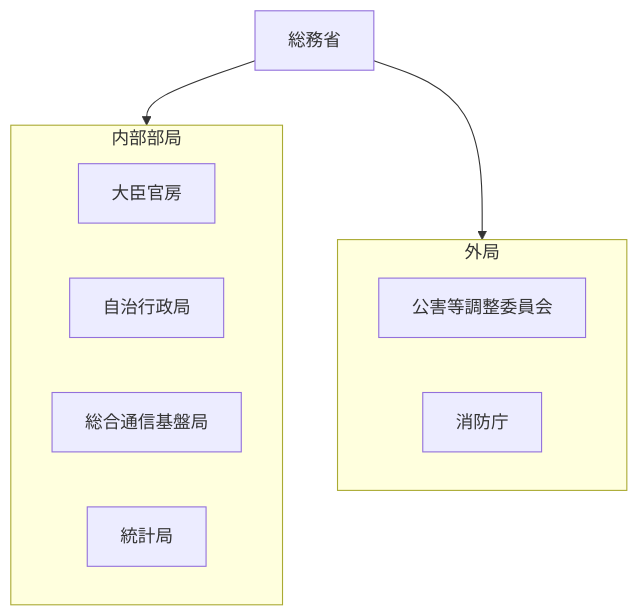
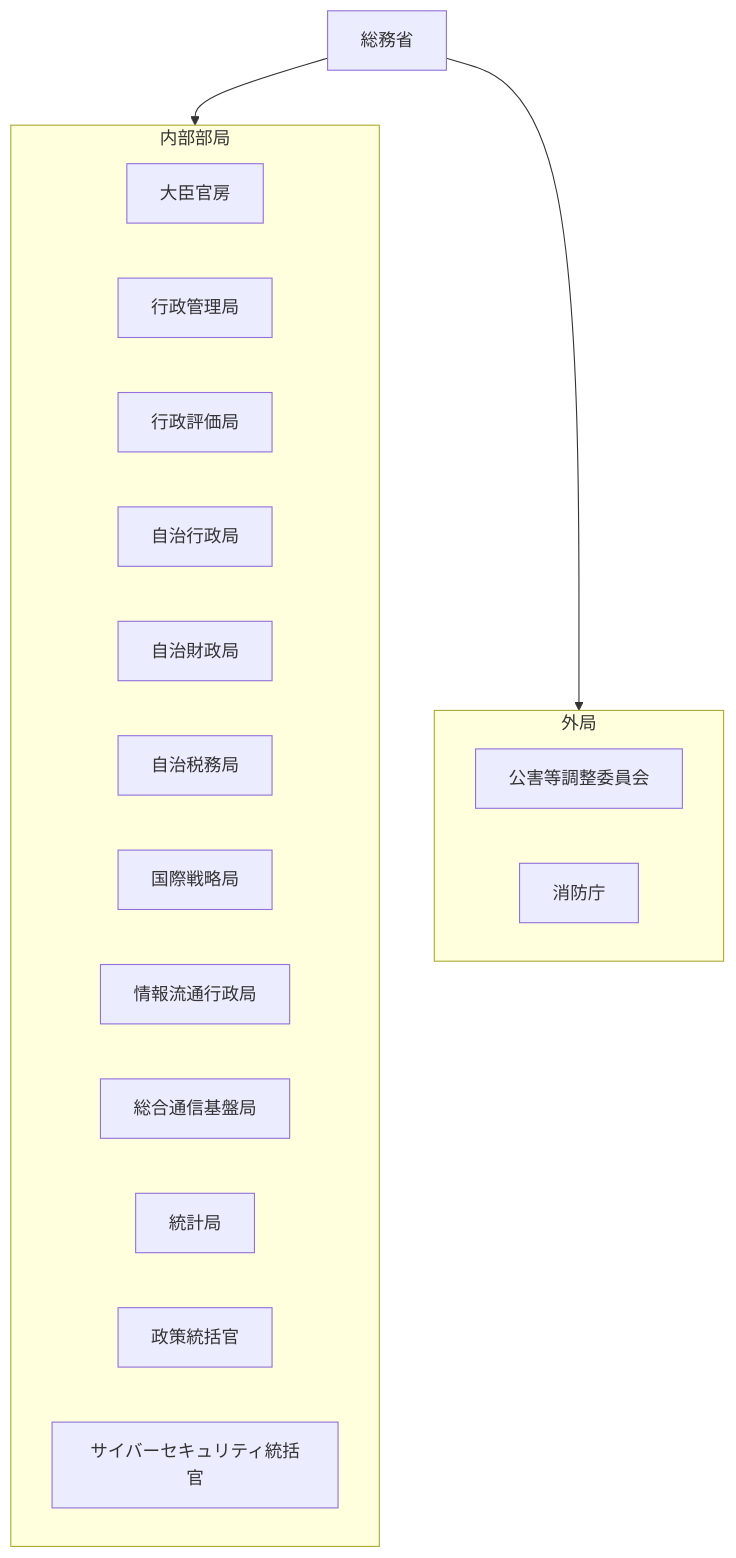
Before and after one commit to tatemaru/jp-admin-org-chart: the diagram in 行政機構/総務省/README.md, drawn with Mermaid. The commit also changed 12 other files, not shown here.

First line of the commit message:
chore(snapshot): 行政機構図 2025.8 に追従

````diff
--- a/行政機構/総務省/README.md
+++ b/行政機構/総務省/README.md
@@ -5,16 +5,24 @@
 ```mermaid
 flowchart TB
   root["総務省"]
   subgraph g0["内部部局"]
     n0_0["大臣官房"]
-    n0_1["自治行政局"]
-    n0_2["総合通信基盤局"]
-    n0_3["統計局"]
+    n0_1["行政管理局"]
+    n0_2["行政評価局"]
+    n0_3["自治行政局"]
+    n0_4["自治財政局"]
+    n0_5["自治税務局"]
+    n0_6["国際戦略局"]
+    n0_7["情報流通行政局"]
+    n0_8["総合通信基盤局"]
+    n0_9["統計局"]
+    n0_10["政策統括官"]
+    n0_11["サイバーセキュリティ統括官"]
   end
   root --> g0
   subgraph g1["外局"]
     n1_0["公害等調整委員会"]
     n1_1["消防庁"]
   end
   root --> g1
 ```
````
